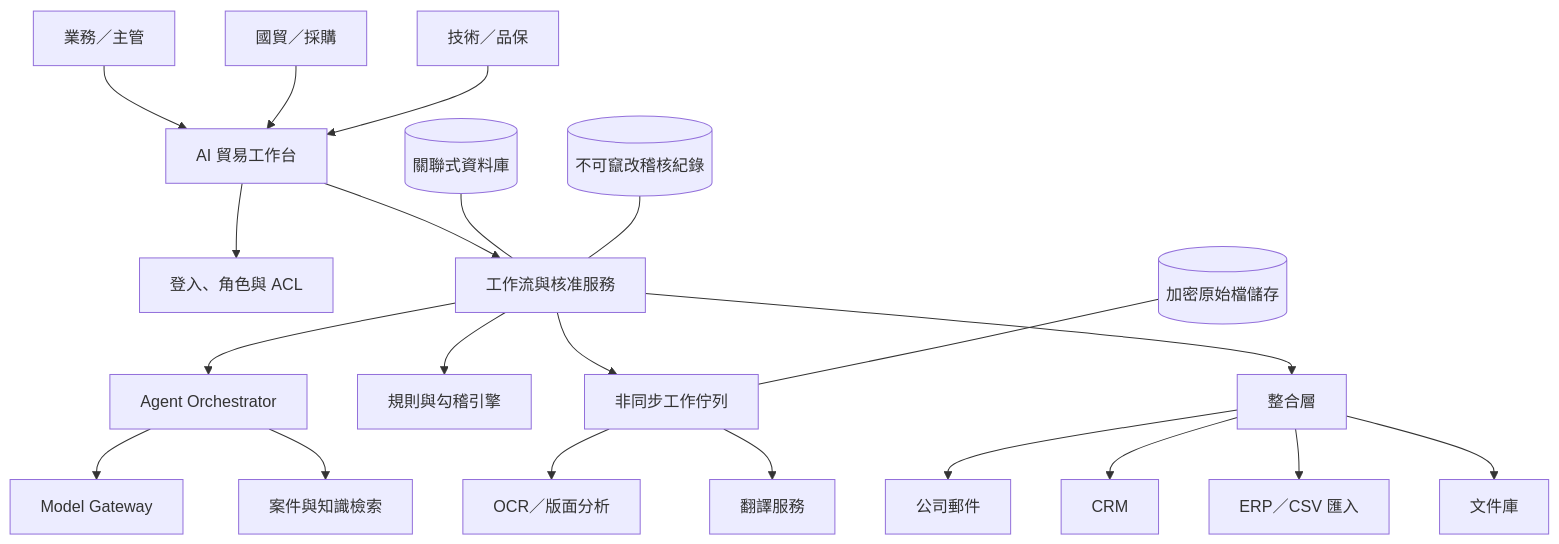
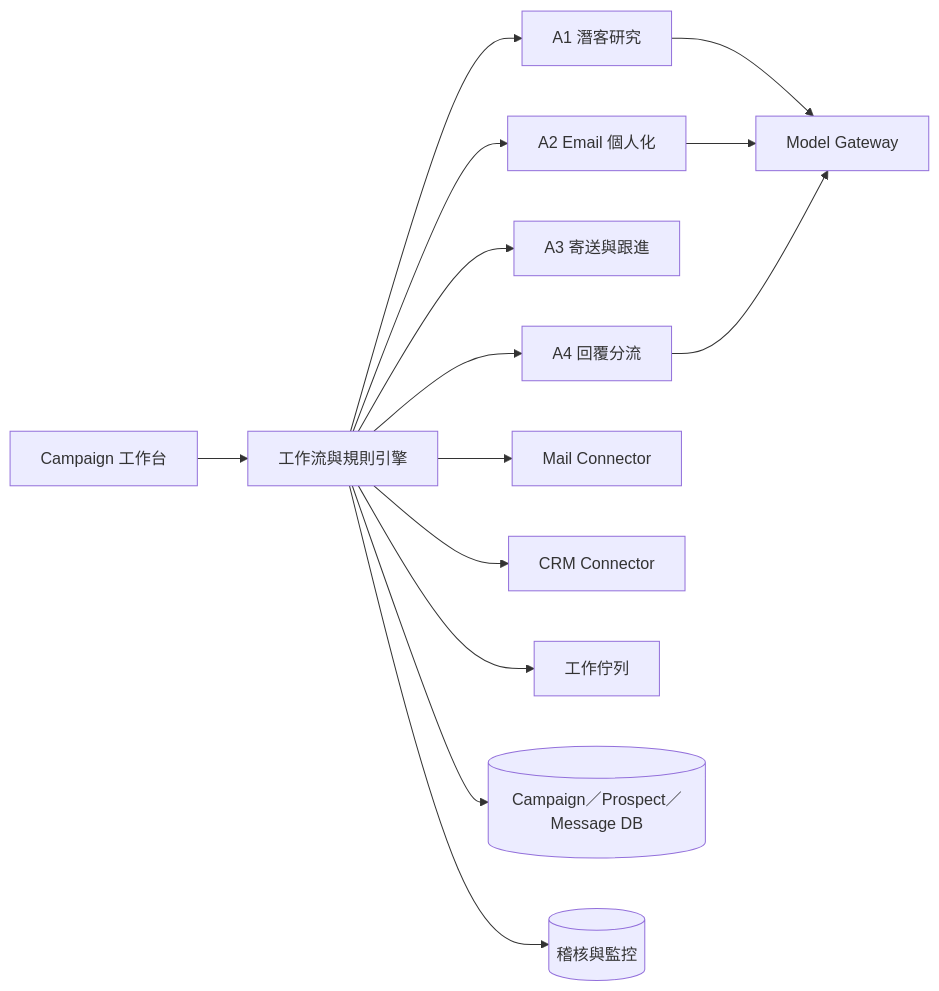
The second of 3 diagrams in 承析國際_AI系統分析與實踐書.md (LCKuo/---Agent), drawn with Mermaid before and after one commit. The commit also changed other lines of this file and 2 other files, not shown here.

Commit message:
Refocus agent on automated email customer development

````diff
--- a/承析國際_AI系統分析與實踐書.md
+++ b/承析國際_AI系統分析與實踐書.md
@@ -119,23 +165,16 @@
 ```mermaid
-flowchart TB
-  U1[業務／主管] --> UI[AI 貿易工作台]
-  U2[國貿／採購] --> UI
-  U3[技術／品保] --> UI
-  UI --> IAM[登入、角色與 ACL]
-  UI --> WF[工作流與核准服務]
-  WF --> AG[Agent Orchestrator]
-  AG --> MG[Model Gateway]
-  AG --> KB[案件與知識檢索]
-  WF --> RULE[規則與勾稽引擎]
-  WF --> Q[非同步工作佇列]
-  Q --> OCR[OCR／版面分析]
-  Q --> TRANS[翻譯服務]
-  WF --> INT[整合層]
-  INT --> MAIL[公司郵件]
-  INT --> CRM[CRM]
-  INT --> ERP[ERP／CSV 匯入]
-  INT --> DOC[文件庫]
-  DB[(關聯式資料庫)] --- WF
-  OBJ[(加密原始檔儲存)] --- Q
-  AUDIT[(不可竄改稽核紀錄)] --- WF
+flowchart LR
+  UI[Campaign 工作台] --> WF[工作流與規則引擎]
+  WF --> A1[A1 潛客研究]
+  WF --> A2[A2 Email 個人化]
+  WF --> A3[A3 寄送與跟進]
+  WF --> A4[A4 回覆分流]
+  A1 --> MG[Model Gateway]
+  A2 --> MG
+  A4 --> MG
+  WF --> MAIL[Mail Connector]
+  WF --> CRM[CRM Connector]
+  WF --> Q[工作佇列]
+  WF --> DB[(Campaign／Prospect／Message DB)]
+  WF --> AUDIT[(稽核與監控)]
 ```
````
